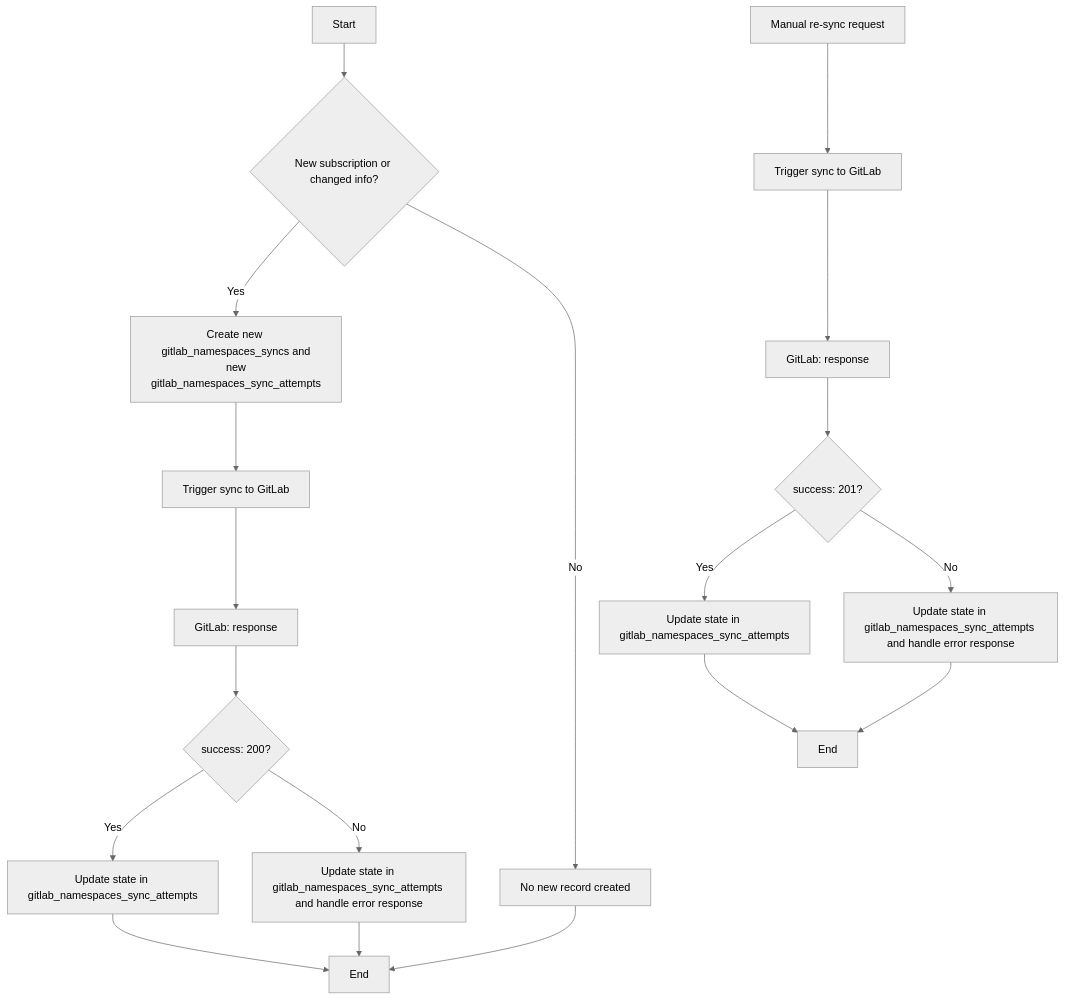
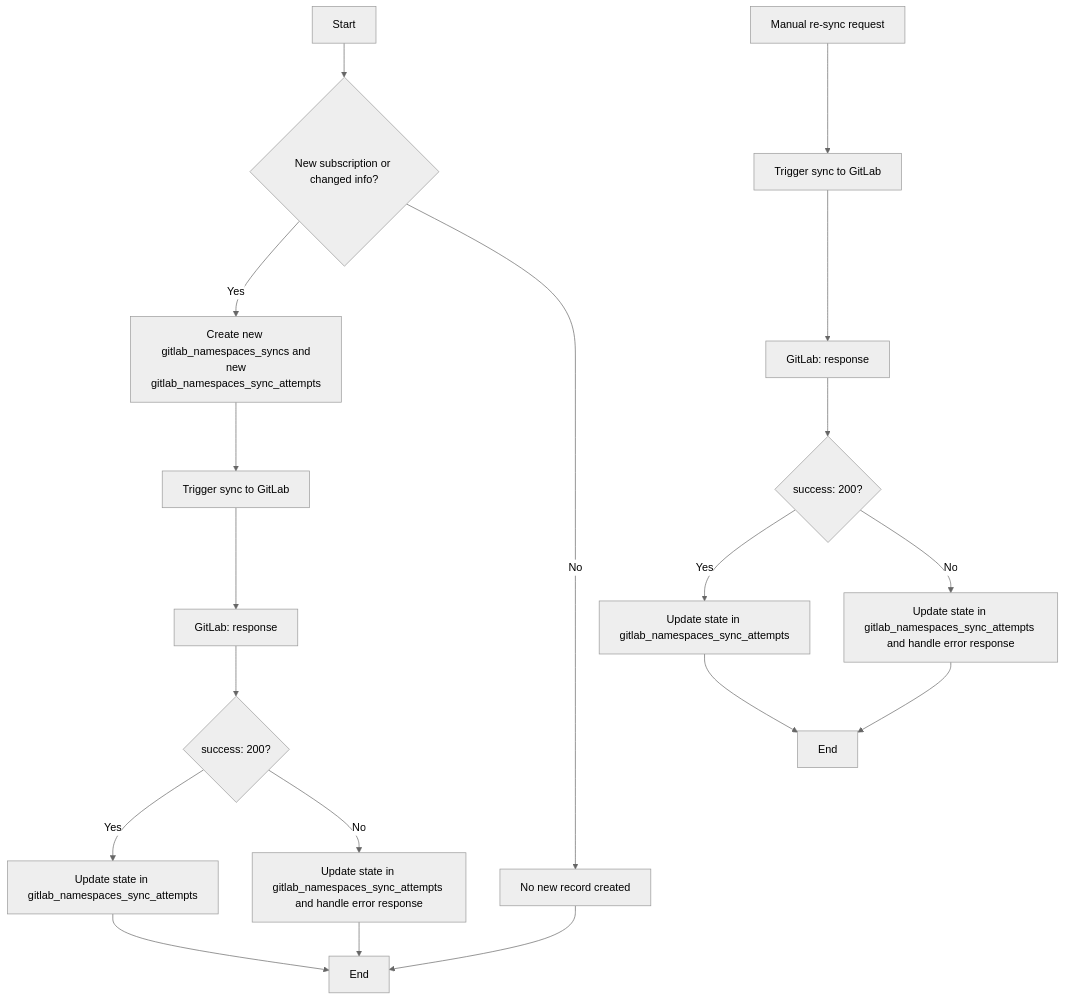
The second of 4 diagrams in content/handbook/engineering/architecture/design-documents/cdot_namespace_provision_sync/_index.md (zalyoung/gitlab-handbook), drawn with Mermaid (neutral theme) before and after one commit. The commit also changed other lines of this file, not shown here.

````diff
--- a/content/handbook/engineering/architecture/design-documents/cdot_namespace_provision_sync/_index.md
+++ b/content/handbook/engineering/architecture/design-documents/cdot_namespace_provision_sync/_index.md
@@ -82,22 +82,22 @@
 ```mermaid
 graph TD
     A[Start] --> B{New subscription or changed info?}
     B -->|Yes| C[Create new gitlab_namespaces_syncs and<br/> new gitlab_namespaces_sync_attempts]
     B -->|No| D[No new record created]
     C --> E[Trigger sync to GitLab]
     E --> F[GitLab: response]
     F --> G{success: 200?}
     G -->|Yes| H[Update state in gitlab_namespaces_sync_attempts]
     G -->|No| I[Update state in gitlab_namespaces_sync_attempts and handle error response]
     H --> J[End]
     I --> J
     D --> J
 
     K[Manual re-sync request] --> L[Trigger sync to GitLab]
     L --> M[GitLab: response]
-    M --> N{success: 201?}
+    M --> N{success: 200?}
     N -->|Yes| O[Update state in gitlab_namespaces_sync_attempts]
     N -->|No| P[Update state in gitlab_namespaces_sync_attempts and handle error response]
     O --> Q[End]
     P --> Q
 ```
````
